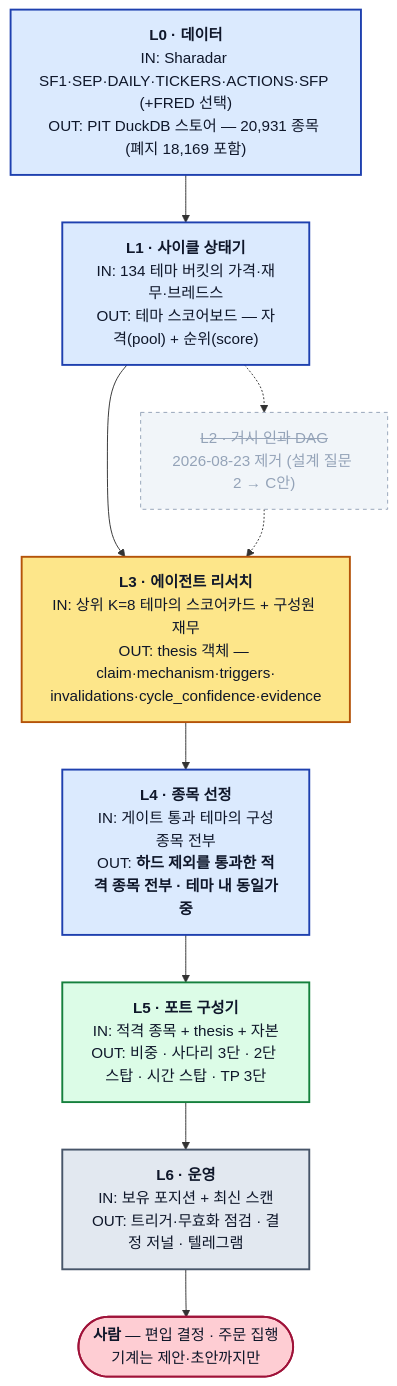
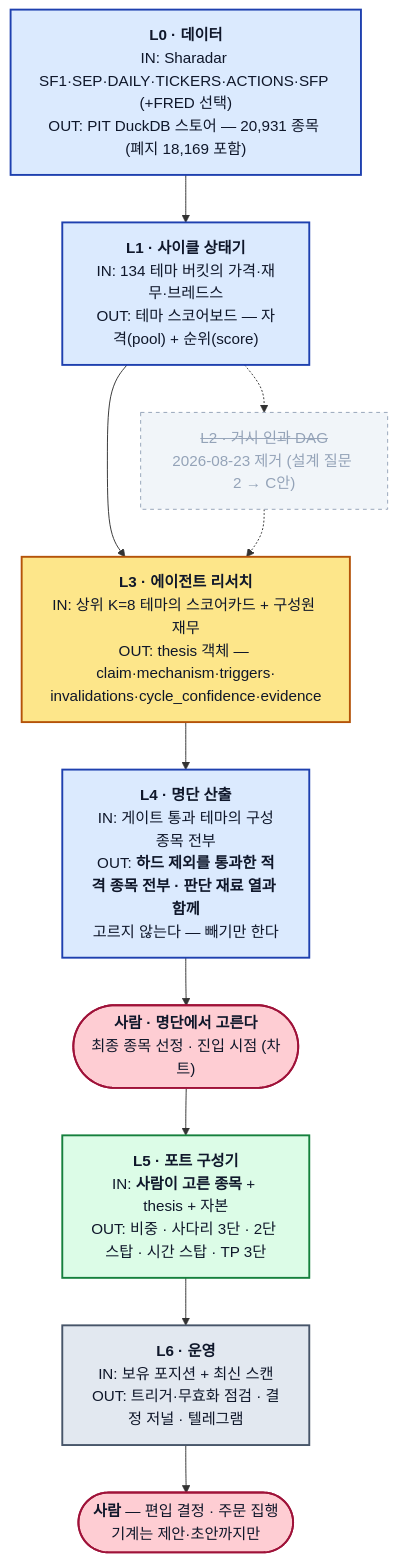
The first of 4 diagrams in README.md (younghwan91/macro-sector-agent), drawn with Mermaid before and after one commit. The commit also changed other lines of this file and 3 other files, not shown here.

````diff
--- a/README.md
+++ b/README.md
@@ -14,29 +39,30 @@
 ```mermaid
 flowchart TD
     L0["<b>L0 · 데이터</b><br/>IN: Sharadar SF1·SEP·DAILY·TICKERS·ACTIONS·SFP (+FRED 선택)<br/>OUT: PIT DuckDB 스토어 — 20,931 종목 (폐지 18,169 포함)"]
     L1["<b>L1 · 사이클 상태기</b><br/>IN: 134 테마 버킷의 가격·재무·브레드스<br/>OUT: 테마 스코어보드 — 자격(pool) + 순위(score)"]
     L2["<s>L2 · 거시 인과 DAG</s><br/>2026-08-23 제거 (설계 질문 2 → C안)"]
     L3["<b>L3 · 에이전트 리서치</b><br/>IN: 상위 K=8 테마의 스코어카드 + 구성원 재무<br/>OUT: thesis 객체 — claim·mechanism·triggers·<br/>invalidations·cycle_confidence·evidence"]
-    L4["<b>L4 · 종목 선정</b><br/>IN: 게이트 통과 테마의 구성종목 전부<br/>OUT: <b>하드 제외를 통과한 적격 종목 전부 · 테마 내 동일가중</b>"]
-    L5["<b>L5 · 포트 구성기</b><br/>IN: 적격 종목 + thesis + 자본<br/>OUT: 비중 · 사다리 3단 · 2단 스탑 · 시간 스탑 · TP 3단"]
+    L4["<b>L4 · 명단 산출</b><br/>IN: 게이트 통과 테마의 구성종목 전부<br/>OUT: <b>하드 제외를 통과한 적격 종목 전부 · 판단 재료 열과 함께</b><br/>고르지 않는다 — 빼기만 한다"]
+    HP(["<b>사람 · 명단에서 고른다</b><br/>최종 종목 선정 · 진입 시점 (차트)"])
+    L5["<b>L5 · 포트 구성기</b><br/>IN: <b>사람이 고른 종목</b> + thesis + 자본<br/>OUT: 비중 · 사다리 3단 · 2단 스탑 · 시간 스탑 · TP 3단"]
     L6["<b>L6 · 운영</b><br/>IN: 보유 포지션 + 최신 스캔<br/>OUT: 트리거·무효화 점검 · 결정 저널 · 텔레그램"]
     H(["<b>사람</b> — 편입 결정 · 주문 집행<br/>기계는 제안·초안까지만"])
 
-    L0 --> L1 --> L3 --> L4 --> L5 --> L6 --> H
+    L0 --> L1 --> L3 --> L4 --> HP --> L5 --> L6 --> H
     L1 -.-> L2
     L2 -.-> L3
 
     classDef code fill:#dbeafe,stroke:#1e40af,stroke-width:2px,color:#0f172a
     classDef llm fill:#fde68a,stroke:#b45309,stroke-width:2px,color:#0f172a
     classDef opt fill:#dcfce7,stroke:#15803d,stroke-width:2px,color:#0f172a
     classDef ops fill:#e2e8f0,stroke:#475569,stroke-width:2px,color:#0f172a
     classDef gone fill:#f1f5f9,stroke:#94a3b8,stroke-dasharray:4 4,color:#94a3b8
     classDef human fill:#fecdd3,stroke:#9f1239,stroke-width:2px,color:#0f172a
 
     class L0,L1,L4 code
     class L3 llm
     class L5 opt
     class L6 ops
     class L2 gone
-    class H human
+    class H,HP human
 ```
````
